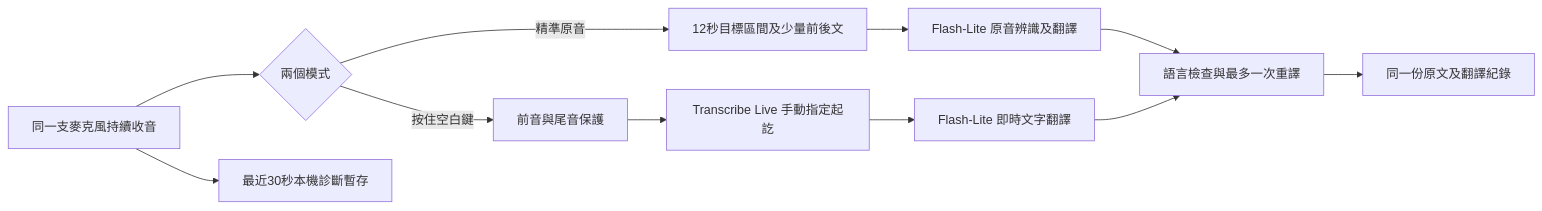
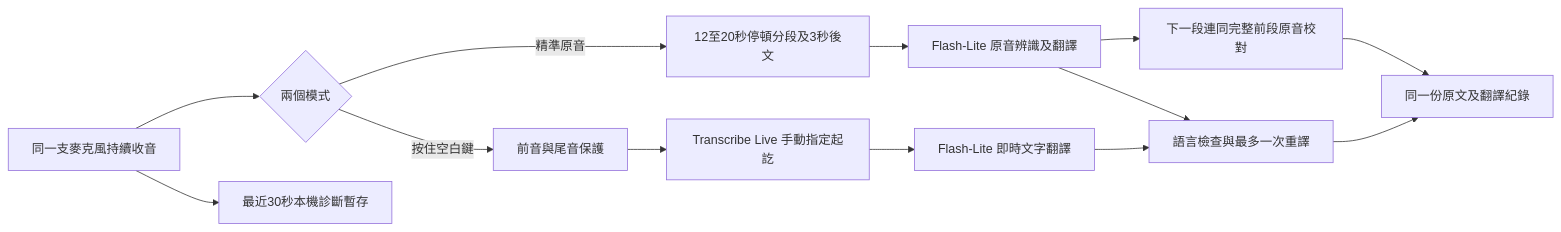
The diagram in realtime-text/README.zh-TW.md (jerome956123/translator_system), drawn with Mermaid before and after one commit. The commit also changed other lines of this file and 28 other files, not shown here.

````diff
--- a/realtime-text/README.zh-TW.md
+++ b/realtime-text/README.zh-TW.md
@@ -98,13 +114,15 @@
 ```mermaid
 flowchart LR
   A[同一支麥克風持續收音] --> B{兩個模式}
-  B -->|精準原音| C[12秒目標區間及少量前後文]
+  B -->|精準原音| C[12至20秒停頓分段及3秒後文]
   C --> D[Flash-Lite 原音辨識及翻譯]
+  D --> K[下一段連同完整前段原音校對]
+  K --> I
   B -->|按住空白鍵| E[前音與尾音保護]
   E --> F[Transcribe Live 手動指定起訖]
   F --> G[Flash-Lite 即時文字翻譯]
   D --> H[語言檢查與最多一次重譯]
   G --> H
   H --> I[同一份原文及翻譯紀錄]
   A --> J[最近30秒本機診斷暫存]
 ```
````
